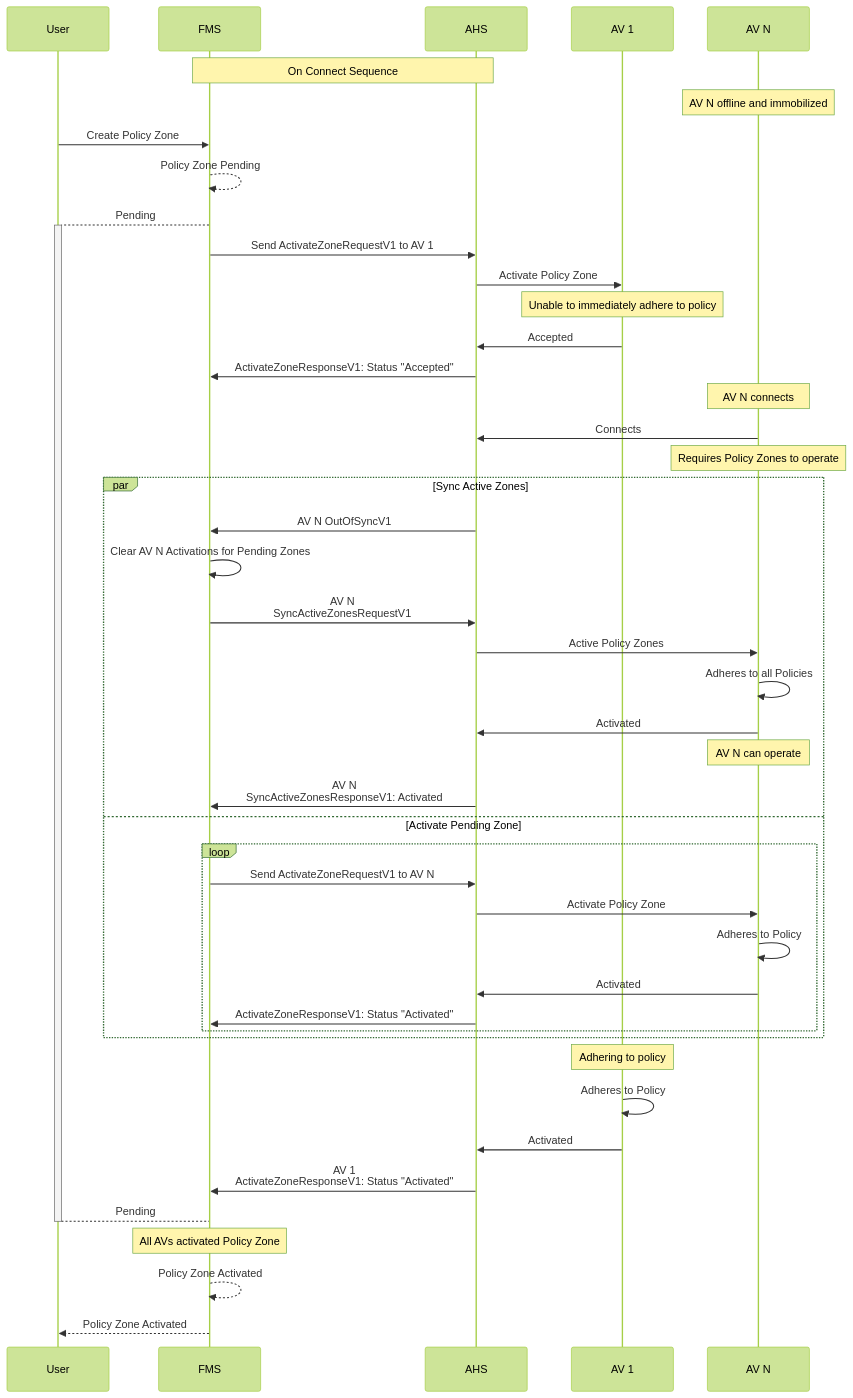
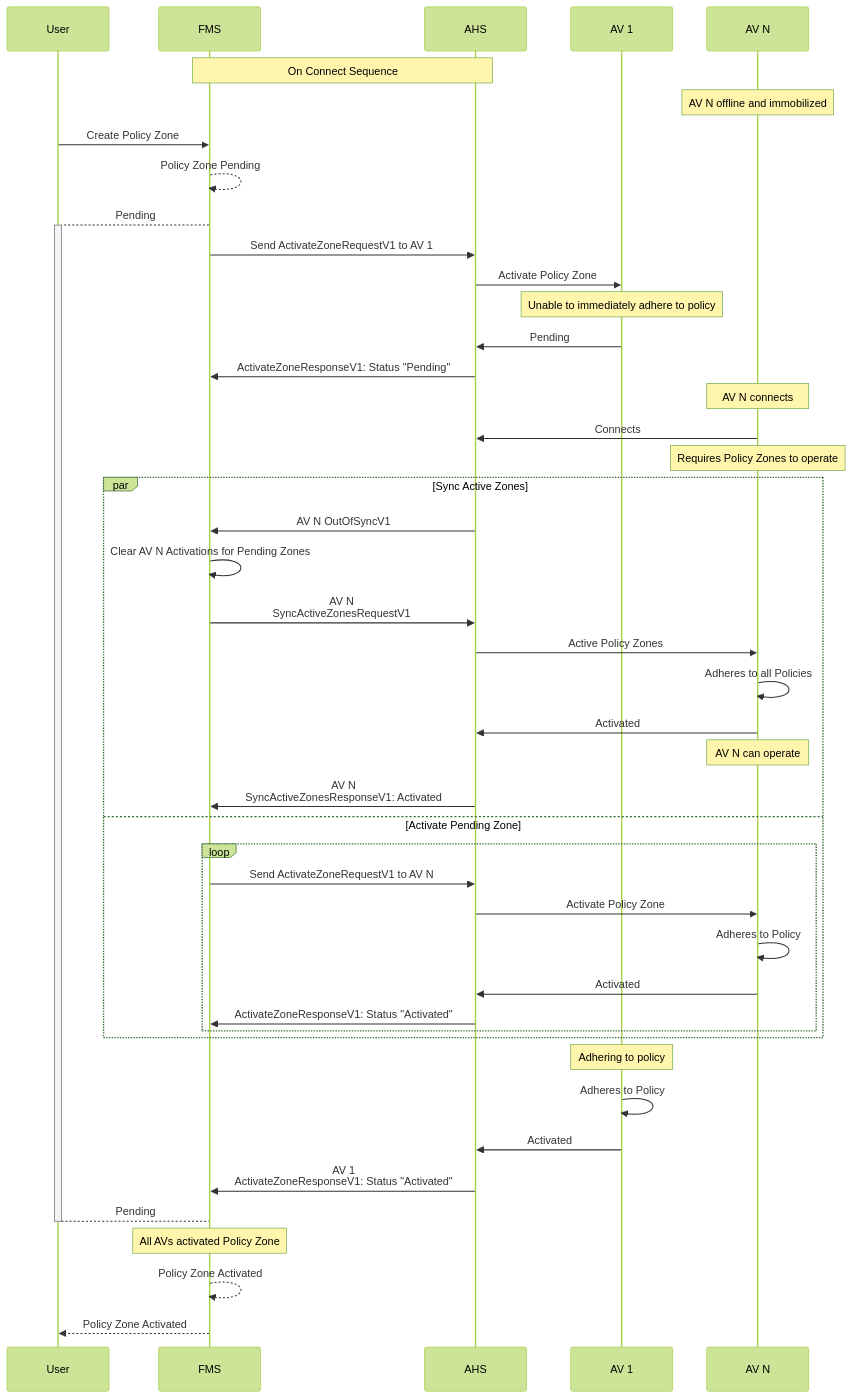
One commit to open-autonomy/zone changed the second of 3 diagrams in diagram/Synchronization.md. Above: the diagram before and after it, drawn with Mermaid (forest theme). The commit also changed other lines of this file and 10 other files, not shown here.

````diff
--- a/diagram/Synchronization.md
+++ b/diagram/Synchronization.md
@@ -45,61 +45,61 @@
 ```mermaid
 sequenceDiagram
     participant User
     participant FMS
     participant AHS
     participant AV 1
     participant AV N
 
     Note over FMS,AHS: On Connect Sequence
     Note over AV N: AV N offline and immobilized
 
     User->>FMS: Create Policy Zone
     FMS-->>FMS: Policy Zone Pending
     FMS-->+User: Pending
 
     FMS->>AHS: Send ActivateZoneRequestV1 to AV 1
 
     AHS->>AV 1: Activate Policy Zone
     Note over AV 1: Unable to immediately adhere to policy
-    AV 1->>AHS: Accepted
-    AHS->>FMS: ActivateZoneResponseV1: Status "Accepted"
+    AV 1->>AHS: Pending
+    AHS->>FMS: ActivateZoneResponseV1: Status "Pending"
 
     Note Over AV N: AV N connects
 
     AV N->>AHS: Connects
     Note Over AV N: Requires Policy Zones to operate
 
     par Sync Active Zones
         AHS->>FMS: AV N OutOfSyncV1
         FMS->>FMS: Clear AV N Activations for Pending Zones
 
         FMS->>AHS: AV N <br/> SyncActiveZonesRequestV1
         AHS->>AV N: Active Policy Zones
         AV N->>AV N: Adheres to all Policies
         AV N->>AHS: Activated
         Note over AV N: AV N can operate
 
         AHS->>FMS: AV N <br/> SyncActiveZonesResponseV1: Activated
     and Activate Pending Zone
         loop
             FMS->>AHS: Send ActivateZoneRequestV1 to AV N
             AHS->>AV N: Activate Policy Zone
             AV N->>AV N: Adheres to Policy
             AV N->>AHS: Activated
             AHS->>FMS: ActivateZoneResponseV1: Status "Activated"
         end
     end
 
     Note Over AV 1: Adhering to policy
     AV 1->>AV 1: Adheres to Policy
     AV 1->>AHS: Activated
      AHS->>FMS: AV 1 <br/> ActivateZoneResponseV1: Status "Activated"
 
 
     User-->-FMS: Pending
 
     Note Over FMS: All AVs activated Policy Zone
     FMS-->>FMS: Policy Zone Activated
 
     FMS-->>User: Policy Zone Activated
 ```
````
